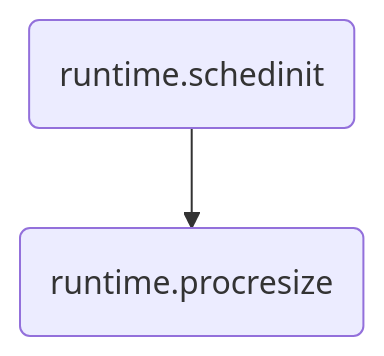
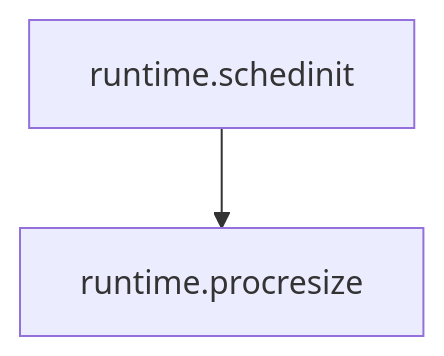
Before and after one commit to cch123/golang-notes: the first of 3 diagrams in scheduler.md, drawn with Mermaid. The commit also changed other lines of this file, not shown here.

````diff
--- a/scheduler.md
+++ b/scheduler.md
@@ -404,4 +404,4 @@
 ```mermaid
 graph TD
-A(runtime.schedinit) -->  B(runtime.procresize)
+runtime.schedinit -->  runtime.procresize
 ```
````
